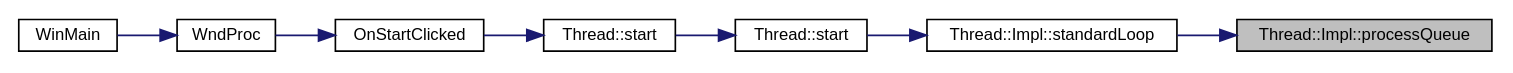
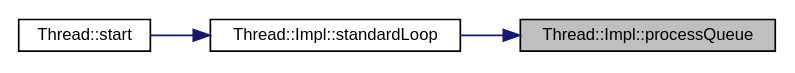
Before and after one commit to kokolorix/TheSimplestCPP: the diagram in docs/struct_thread_1_1_impl_ae467f41841d4236274bf360f470ec775_icgraph.dot, drawn with Graphviz. The commit also changed 289 other files, not shown here.

```diff
--- a/docs/struct_thread_1_1_impl_ae467f41841d4236274bf360f470ec775_icgraph.dot
+++ b/docs/struct_thread_1_1_impl_ae467f41841d4236274bf360f470ec775_icgraph.dot
@@ -1,21 +1,13 @@
 digraph "Thread::Impl::processQueue"
 {
  // INTERACTIVE_SVG=YES
  // LATEX_PDF_SIZE
   edge [fontname="Helvetica",fontsize="10",labelfontname="Helvetica",labelfontsize="10"];
   node [fontname="Helvetica",fontsize="10",shape=record];
   rankdir="RL";
   Node1 [label="Thread::Impl::processQueue",height=0.2,width=0.4,color="black", fillcolor="grey75", style="filled", fontcolor="black",tooltip="process the queue of functors, usually called form notify-functor"];
   Node1 -> Node2 [dir="back",color="midnightblue",fontsize="10",style="solid",fontname="Helvetica"];
   Node2 [label="Thread::Impl::standardLoop",height=0.2,width=0.4,color="black", fillcolor="white", style="filled",URL="$struct_thread_1_1_impl.html#a0164f5b95922ac969d1d81914e5d5eb9",tooltip="The normally used processing loop of a background thread."];
   Node2 -> Node3 [dir="back",color="midnightblue",fontsize="10",style="solid",fontname="Helvetica"];
   Node3 [label="Thread::start",height=0.2,width=0.4,color="black", fillcolor="white", style="filled",URL="$class_thread.html#a1f53ee62bd30a7924186ef26150ce262",tooltip="Starts the Thread with Thread::Impl::standardLoop."];
-  Node3 -> Node4 [dir="back",color="midnightblue",fontsize="10",style="solid",fontname="Helvetica"];
-  Node4 [label="Thread::start",height=0.2,width=0.4,color="black", fillcolor="white", style="filled",URL="$class_thread.html#ada9adb041744058adc9abb1744e86c5d",tooltip="The code that will be executed, after the new Thread is started."];
-  Node4 -> Node5 [dir="back",color="midnightblue",fontsize="10",style="solid",fontname="Helvetica"];
-  Node5 [label="OnStartClicked",height=0.2,width=0.4,color="black", fillcolor="white", style="filled",URL="$main_8cpp.html#abdf0523e10fae27868b24d21a841e926",tooltip="All the magic is here :-)"];
-  Node5 -> Node6 [dir="back",color="midnightblue",fontsize="10",style="solid",fontname="Helvetica"];
-  Node6 [label="WndProc",height=0.2,width=0.4,color="black", fillcolor="white", style="filled",URL="$main_8cpp.html#a30a1e3b0304f1b083637664cbda94e72",tooltip="The declaration of the main message processing function."];
-  Node6 -> Node7 [dir="back",color="midnightblue",fontsize="10",style="solid",fontname="Helvetica"];
-  Node7 [label="WinMain",height=0.2,width=0.4,color="black", fillcolor="white", style="filled",URL="$main_8cpp.html#a946cd7d17bf6760d82ded70909de9a6d",tooltip="The beginning of everything."];
 }
```
